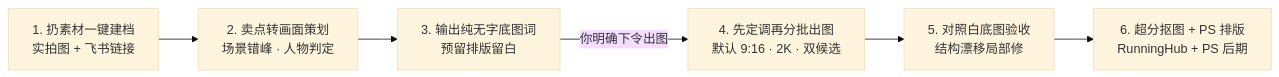
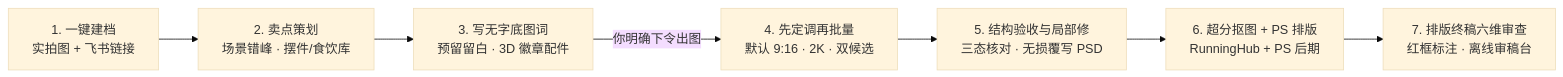
One commit to Hill2048/dumik-design-plugins changed the diagram in README.md. Above: the diagram before and after it, drawn with Mermaid (base theme). The commit also changed other lines of this file and 4 other files, not shown here.

````diff
--- a/README.md
+++ b/README.md
@@ -17,8 +17,9 @@
 ```mermaid
 flowchart LR
-    A["1. 扔素材一键建档<br/>实拍图 + 飞书链接"] --> B["2. 卖点转画面策划<br/>场景错峰 · 人物判定"]
-    B --> C["3. 输出纯无字底图词<br/>预留排版留白"]
-    C -->|"你明确下令出图"| D["4. 先定调再分批出图<br/>默认 9:16 · 2K · 双候选"]
-    D --> E["5. 对照白底图验收<br/>结构漂移局部修"]
+    A["1. 一键建档<br/>实拍图 + 飞书链接"] --> B["2. 卖点策划<br/>场景错峰 · 摆件/食饮库"]
+    B --> C["3. 写无字底图词<br/>预留留白 · 3D 徽章配件"]
+    C -->|"你明确下令出图"| D["4. 先定调再批量<br/>默认 9:16 · 2K · 双候选"]
+    D --> E["5. 结构验收与局部修<br/>三态核对 · 无损覆写 PSD"]
     E --> F["6. 超分抠图 + PS 排版<br/>RunningHub + PS 后期"]
+    F --> G["7. 排版终稿六维审查<br/>红框标注 · 离线审稿台"]
 ```
````
